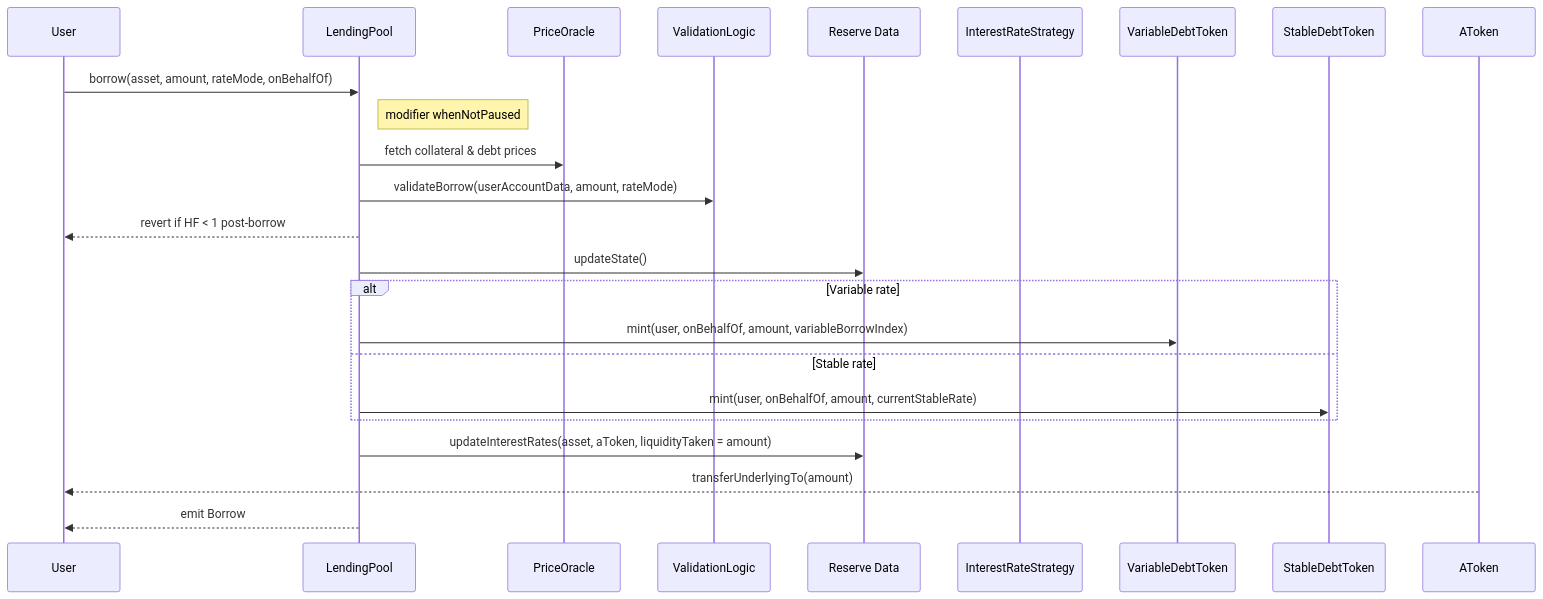
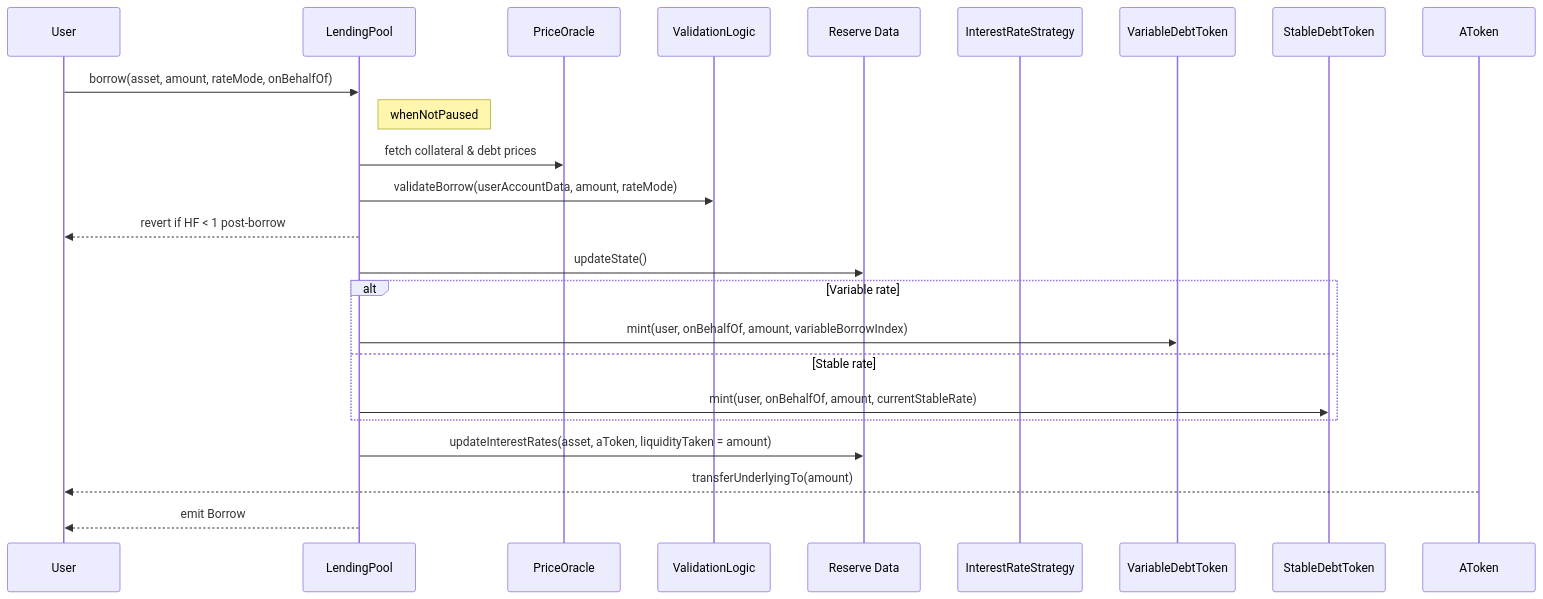
Before and after one commit to MrDoSSS/aave-v2-docs: the third of 7 diagrams in docs/flows.md, drawn with Mermaid. The commit also changed other lines of this file and 3 other files, not shown here.

Commit message:
chore: update flow

````diff
--- a/docs/flows.md
+++ b/docs/flows.md
@@ -33,27 +59,27 @@
 ```mermaid
 sequenceDiagram
     participant U as User
     participant LP as LendingPool
     participant PO as PriceOracle
     participant VR as ValidationLogic
     participant RS as Reserve Data
     participant IRS as InterestRateStrategy
     participant vD as VariableDebtToken
     participant sD as StableDebtToken
     participant aT as AToken
 
     U->>LP: borrow(asset, amount, rateMode, onBehalfOf)
-    note right of LP: modifier whenNotPaused
+    note right of LP: whenNotPaused
     LP->>PO: fetch collateral & debt prices
     LP->>VR: validateBorrow(userAccountData, amount, rateMode)
     LP-->>U: revert if HF < 1 post-borrow
     LP->>RS: updateState()
     alt Variable rate
         LP->>vD: mint(user, onBehalfOf, amount, variableBorrowIndex)
     else Stable rate
         LP->>sD: mint(user, onBehalfOf, amount, currentStableRate)
     end
     LP->>RS: updateInterestRates(asset, aToken, liquidityTaken = amount)
     aT-->>U: transferUnderlyingTo(amount)
     LP-->>U: emit Borrow
 ```
````
